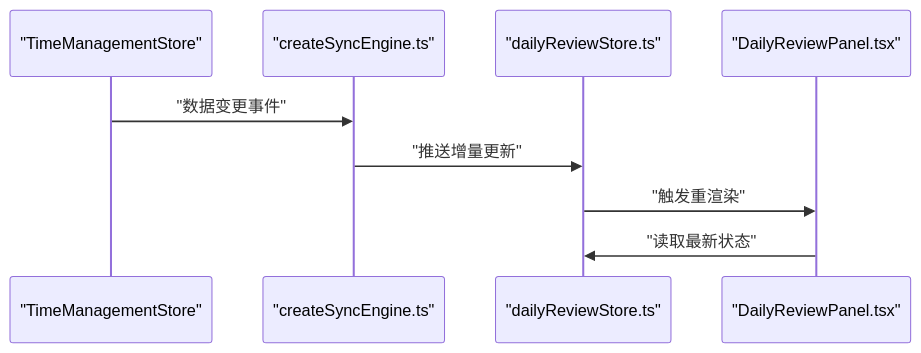
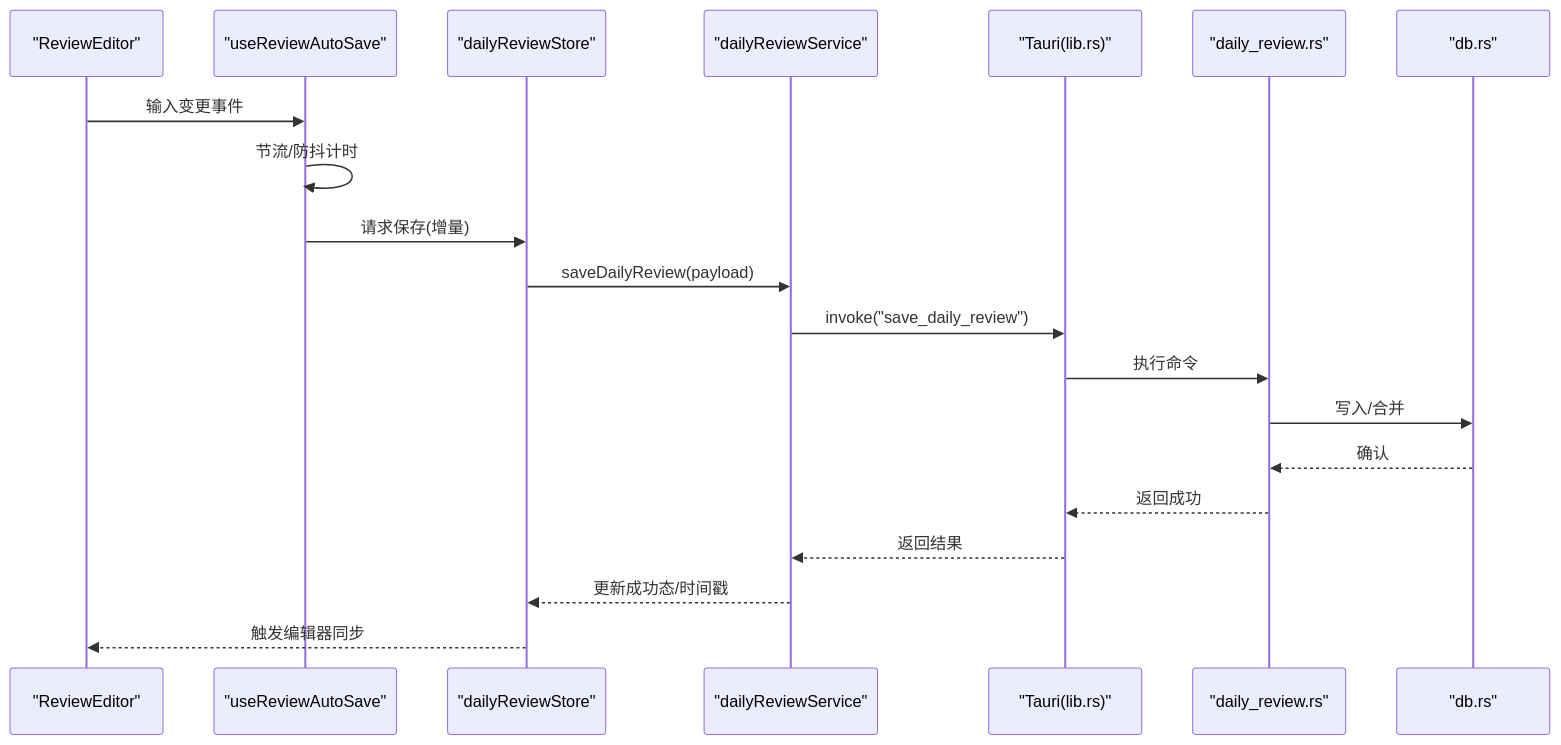
The fourth of 6 diagrams in .qoder/repowiki/zh/content/核心功能模块/每日回顾系统.md (gzdxhujiale/FishWorker), drawn with Mermaid before and after one commit. The commit also changed other lines of this file and 238 other files, not shown here.

````diff
--- a/.qoder/repowiki/zh/content/核心功能模块/每日回顾系统.md
+++ b/.qoder/repowiki/zh/content/核心功能模块/每日回顾系统.md
@@ -428,11 +283,22 @@
 ```mermaid
 sequenceDiagram
-participant TM as "TimeManagementStore"
-participant SYNC as "createSyncEngine.ts"
-participant DS as "dailyReviewStore.ts"
-participant UI as "DailyReviewPanel.tsx"
-TM->>SYNC : "数据变更事件"
-SYNC->>DS : "推送增量更新"
-DS->>UI : "触发重渲染"
-UI->>DS : "读取最新状态"
+participant E as "ReviewEditor"
+participant H as "useReviewAutoSave"
+participant S as "dailyReviewStore"
+participant V as "dailyReviewService"
+participant T as "Tauri(lib.rs)"
+participant R as "daily_review.rs"
+participant DB as "db.rs"
+E->>H : 输入变更事件
+H->>H : 节流/防抖计时
+H->>S : 请求保存(增量)
+S->>V : saveDailyReview(payload)
+V->>T : invoke("save_daily_review")
+T->>R : 执行命令
+R->>DB : 写入/合并
+DB-->>R : 确认
+R-->>T : 返回成功
+T-->>V : 返回结果
+V-->>S : 更新成功态/时间戳
+S-->>E : 触发编辑器同步
 ```
````
